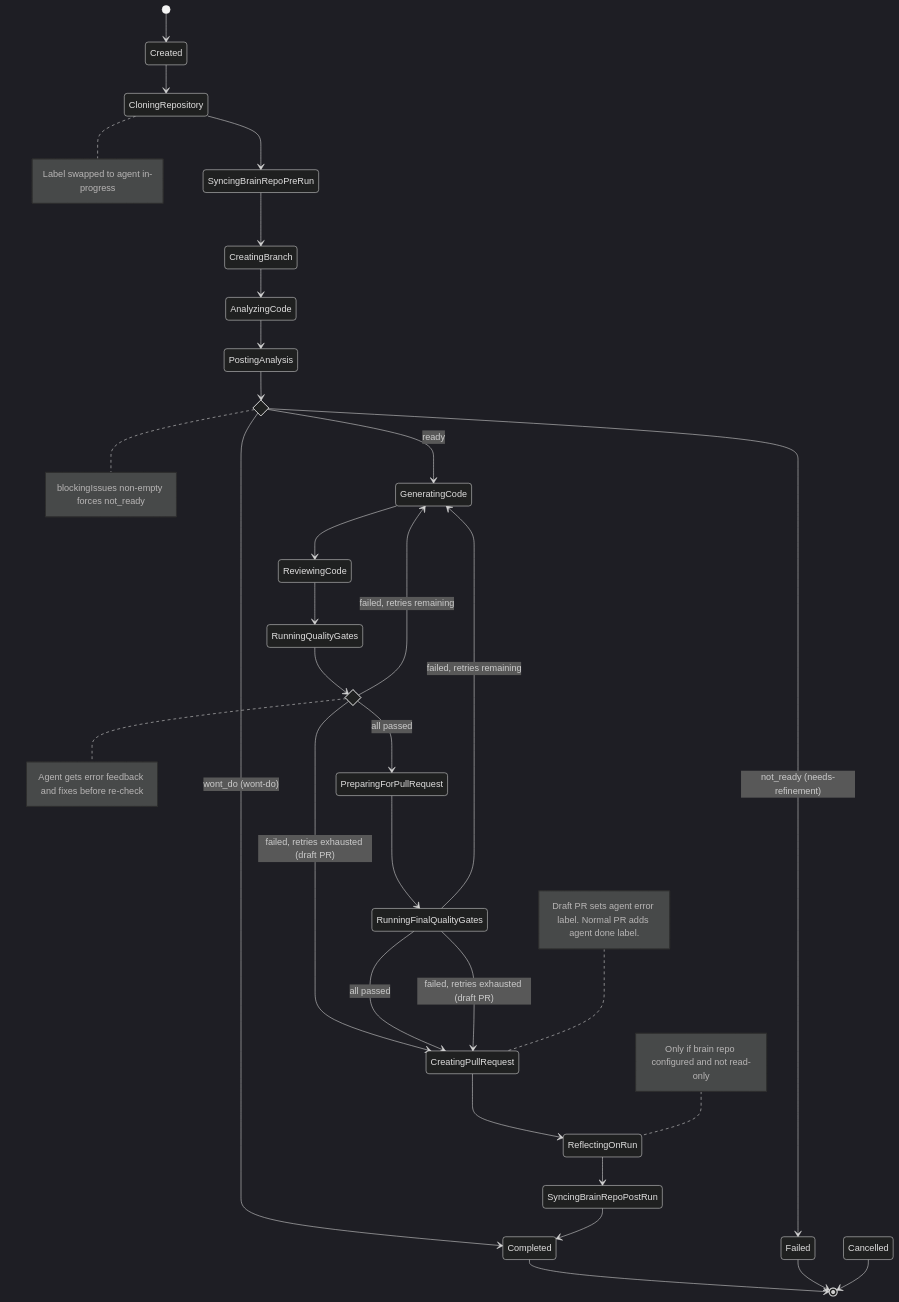
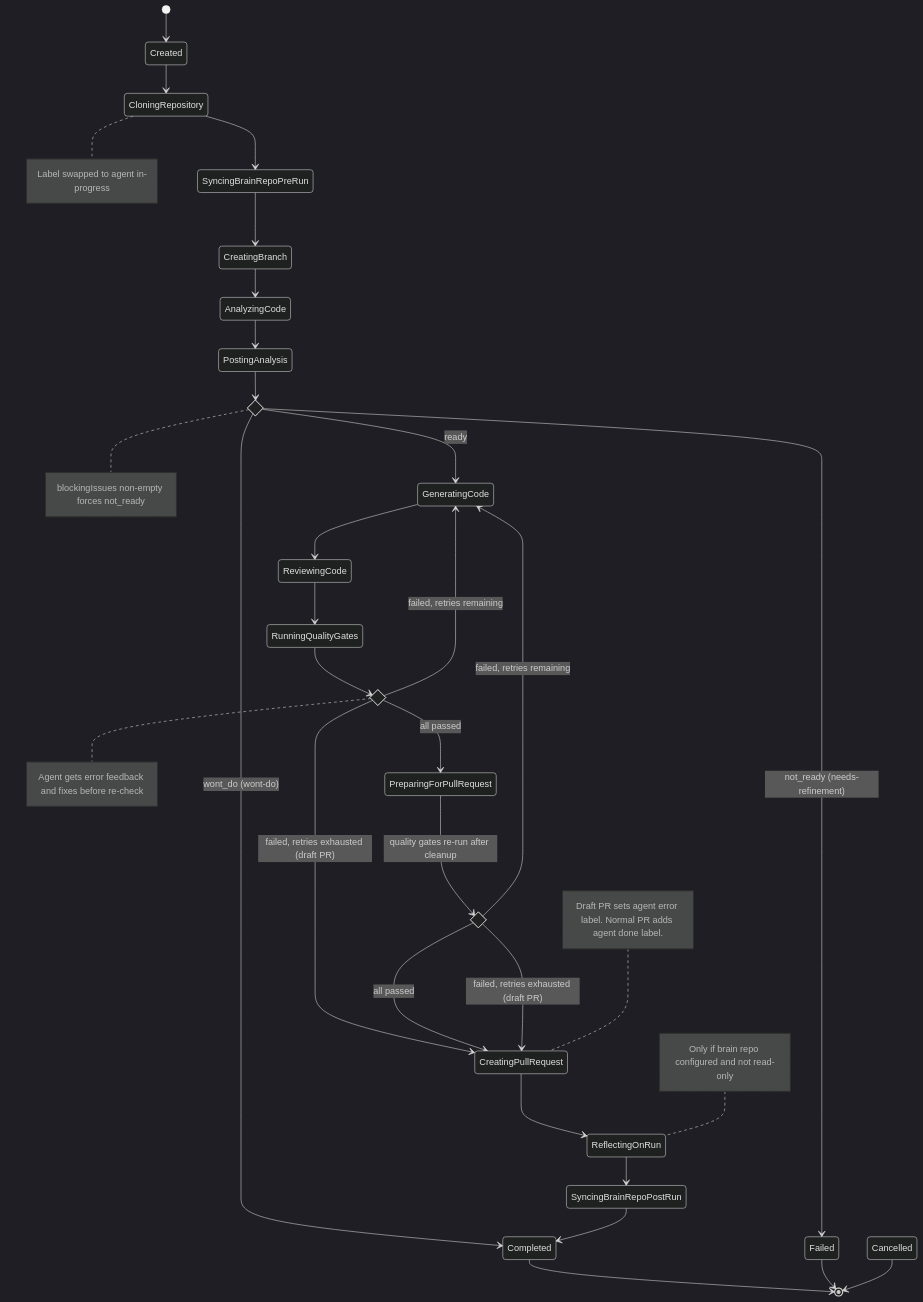
One commit to Chemsorly/coding-agent-automation changed the first of 4 diagrams in README.md. Above: the diagram before and after it, drawn with Mermaid (dark theme). The commit also changed other lines of this file, not shown here.

````diff
--- a/README.md
+++ b/README.md
@@ -197,56 +200,56 @@
 ```mermaid
 stateDiagram-v2
     direction TB
 
     [*] --> Created
     Created --> CloningRepository
     CloningRepository --> SyncingBrainRepoPreRun
     SyncingBrainRepoPreRun --> CreatingBranch
     CreatingBranch --> AnalyzingCode
     AnalyzingCode --> PostingAnalysis
 
     state ConfidenceGate <<choice>>
     PostingAnalysis --> ConfidenceGate
     ConfidenceGate --> GeneratingCode : ready
     ConfidenceGate --> Failed : not_ready (needs-refinement)
     ConfidenceGate --> Completed : wont_do (wont-do)
 
     GeneratingCode --> ReviewingCode
     ReviewingCode --> RunningQualityGates
 
     state QualityGateDecision <<choice>>
     RunningQualityGates --> QualityGateDecision
     QualityGateDecision --> PreparingForPullRequest : all passed
     QualityGateDecision --> GeneratingCode : failed, retries remaining
     QualityGateDecision --> CreatingPullRequest : failed, retries exhausted (draft PR)
 
-    PreparingForPullRequest --> RunningFinalQualityGates
-    state RunningFinalQualityGates <<choice>>
-    RunningFinalQualityGates --> CreatingPullRequest : all passed
-    RunningFinalQualityGates --> GeneratingCode : failed, retries remaining
-    RunningFinalQualityGates --> CreatingPullRequest : failed, retries exhausted (draft PR)
+    state FinalQualityCheck <<choice>>
+    PreparingForPullRequest --> FinalQualityCheck : quality gates re-run after cleanup
+    FinalQualityCheck --> CreatingPullRequest : all passed
+    FinalQualityCheck --> GeneratingCode : failed, retries remaining
+    FinalQualityCheck --> CreatingPullRequest : failed, retries exhausted (draft PR)
 
     CreatingPullRequest --> ReflectingOnRun
     ReflectingOnRun --> SyncingBrainRepoPostRun
     SyncingBrainRepoPostRun --> Completed
 
     Completed --> [*]
     Failed --> [*]
     Cancelled --> [*]
 
     note right of CloningRepository
         Label swapped to agent in-progress
     end note
     note right of ConfidenceGate
         blockingIssues non-empty forces not_ready
     end note
     note right of QualityGateDecision
         Agent gets error feedback and fixes before re-check
     end note
     note left of CreatingPullRequest
         Draft PR sets agent error label. Normal PR adds agent done label.
     end note
     note left of ReflectingOnRun
         Only if brain repo configured and not read-only
     end note
 ```
````
